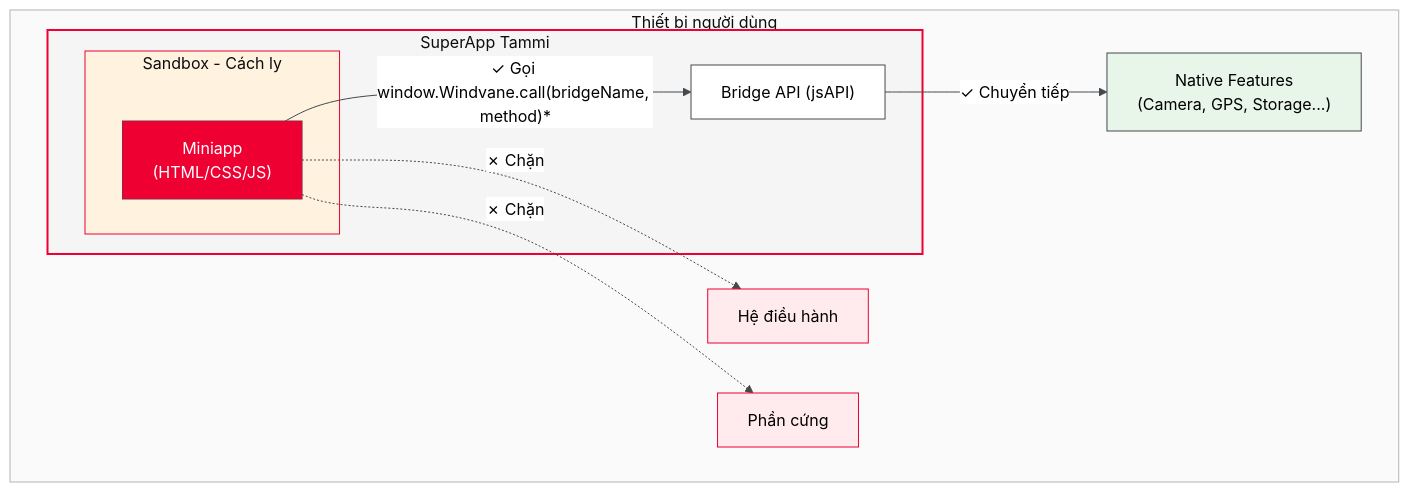
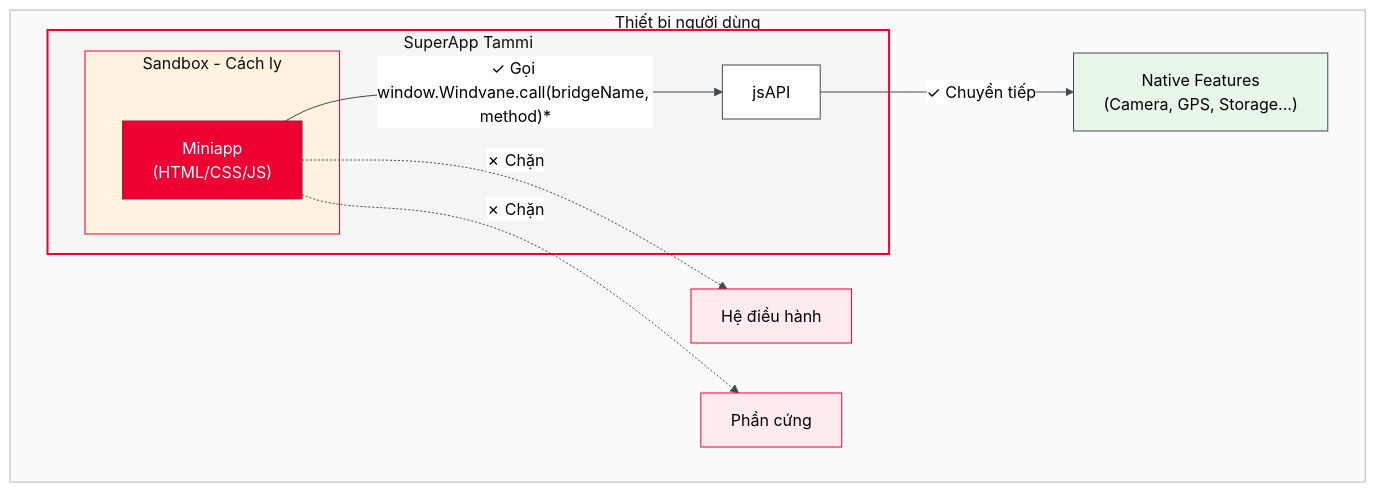
The second of 2 diagrams in docs/1_gioi_thieu/2_cach_thuc_hoat_dong.md (mahou-anisphia/miniapp-official-document), drawn with Mermaid before and after one commit. The commit also changed other lines of this file and 20 other files, not shown here.

Commit message:
docs: adjusted term bridge api -> jsapi

````diff
--- a/docs/1_gioi_thieu/2_cach_thuc_hoat_dong.md
+++ b/docs/1_gioi_thieu/2_cach_thuc_hoat_dong.md
@@ -70,38 +70,38 @@
 ```mermaid
 %%{init: {
   'theme': 'base',
   'themeVariables': {
     'primaryColor': '#EE0033',
     'primaryTextColor': '#000000',
     'lineColor': '#44494D',
     'tertiaryColor': '#F2F2F2',
     'edgeLabelBackground': '#FFFFFF'
   }
 }}%%
 flowchart TB
     subgraph Device["Thiết bị người dùng"]
         subgraph SuperApp["SuperApp Tammi"]
             subgraph Sandbox["Sandbox - Cách ly"]
                 Miniapp["Miniapp<br/>(HTML/CSS/JS)"]
             end
-            Bridge["Bridge API (jsAPI)"]
+            Bridge["jsAPI"]
         end
         Native["Native Features<br/>(Camera, GPS, Storage...)"]
         OS["Hệ điều hành"]
         HW["Phần cứng"]
     end
 
     Miniapp -->|"✓ Gọi window.Windvane.call(bridgeName, method)*"| Bridge
     Bridge -->|"✓ Chuyển tiếp"| Native
     Miniapp -.->|"✗ Chặn"| OS
     Miniapp -.->|"✗ Chặn"| HW
 
     style Device fill:#FAFAFA,stroke:#B5B4B4
     style SuperApp fill:#F5F5F5,stroke:#EE0033,stroke-width:2px
     style Sandbox fill:#FFF3E0,stroke:#EE0033
     style Miniapp fill:#EE0033,color:#FFFFFF
     style Bridge fill:#FFFFFF,stroke:#44494D,color:#000000
     style Native fill:#E8F5E9,stroke:#44494D,color:#000000
     style OS fill:#FFEBEE,stroke:#EE0033,color:#000000
     style HW fill:#FFEBEE,stroke:#EE0033,color:#000000
 ```
````
